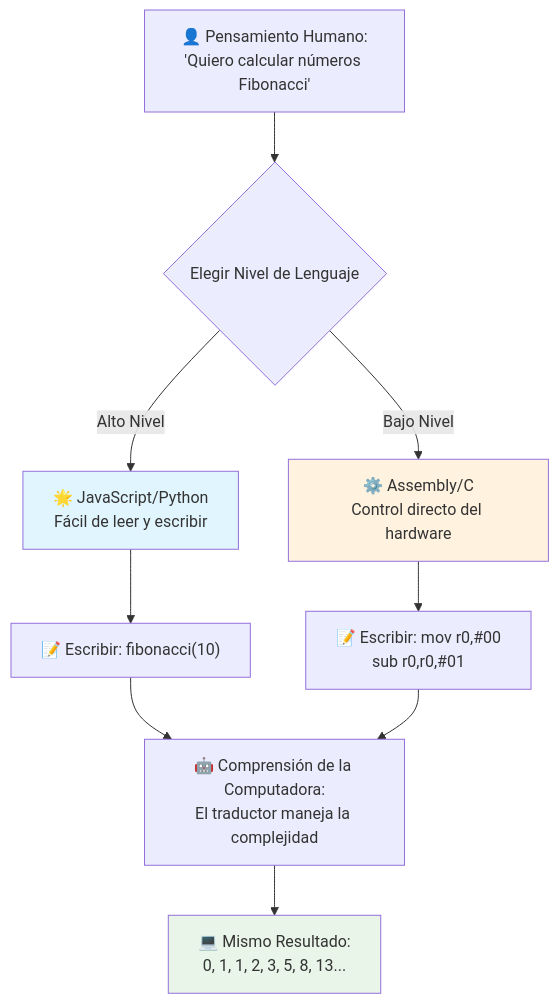
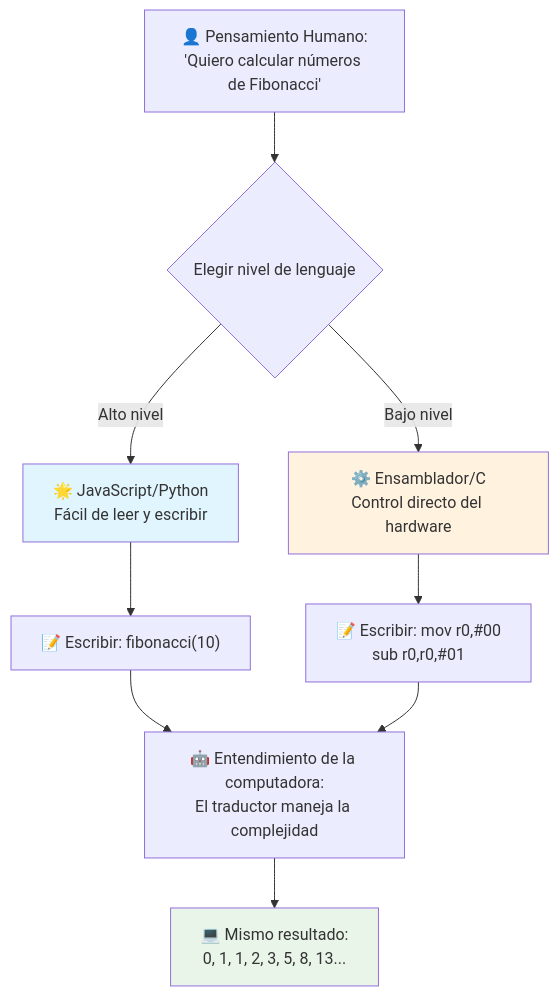
The third of 7 diagrams in translations/es/1-getting-started-lessons/1-intro-to-programming-languages/README.md (microsoft/Web-Dev-For-Beginners), drawn with Mermaid before and after one commit. The commit also changed other lines of this file and 393 other files, not shown here.

````diff
--- a/translations/es/1-getting-started-lessons/1-intro-to-programming-languages/README.md
+++ b/translations/es/1-getting-started-lessons/1-intro-to-programming-languages/README.md
@@ -147,19 +148,19 @@
 ```mermaid
 flowchart TB
-    A["👤 Pensamiento Humano:<br/>'Quiero calcular números Fibonacci'"] --> B{Elegir Nivel de Lenguaje}
+    A["👤 Pensamiento Humano:<br/>'Quiero calcular números de Fibonacci'"] --> B{Elegir nivel de lenguaje}
     
-    B -->|Alto Nivel| C["🌟 JavaScript/Python<br/>Fácil de leer y escribir"]
-    B -->|Bajo Nivel| D["⚙️ Assembly/C<br/>Control directo del hardware"]
+    B -->|Alto nivel| C["🌟 JavaScript/Python<br/>Fácil de leer y escribir"]
+    B -->|Bajo nivel| D["⚙️ Ensamblador/C<br/>Control directo del hardware"]
     
     C --> E["📝 Escribir: fibonacci(10)"]
     D --> F["📝 Escribir: mov r0,#00<br/>sub r0,r0,#01"]
     
-    E --> G["🤖 Comprensión de la Computadora:<br/>El traductor maneja la complejidad"]
+    E --> G["🤖 Entendimiento de la computadora:<br/>El traductor maneja la complejidad"]
     F --> G
     
-    G --> H["💻 Mismo Resultado:<br/>0, 1, 1, 2, 3, 5, 8, 13..."]
+    G --> H["💻 Mismo resultado:<br/>0, 1, 1, 2, 3, 5, 8, 13..."]
     
     style C fill:#e1f5fe
     style D fill:#fff3e0
     style H fill:#e8f5e8
 ```
````
